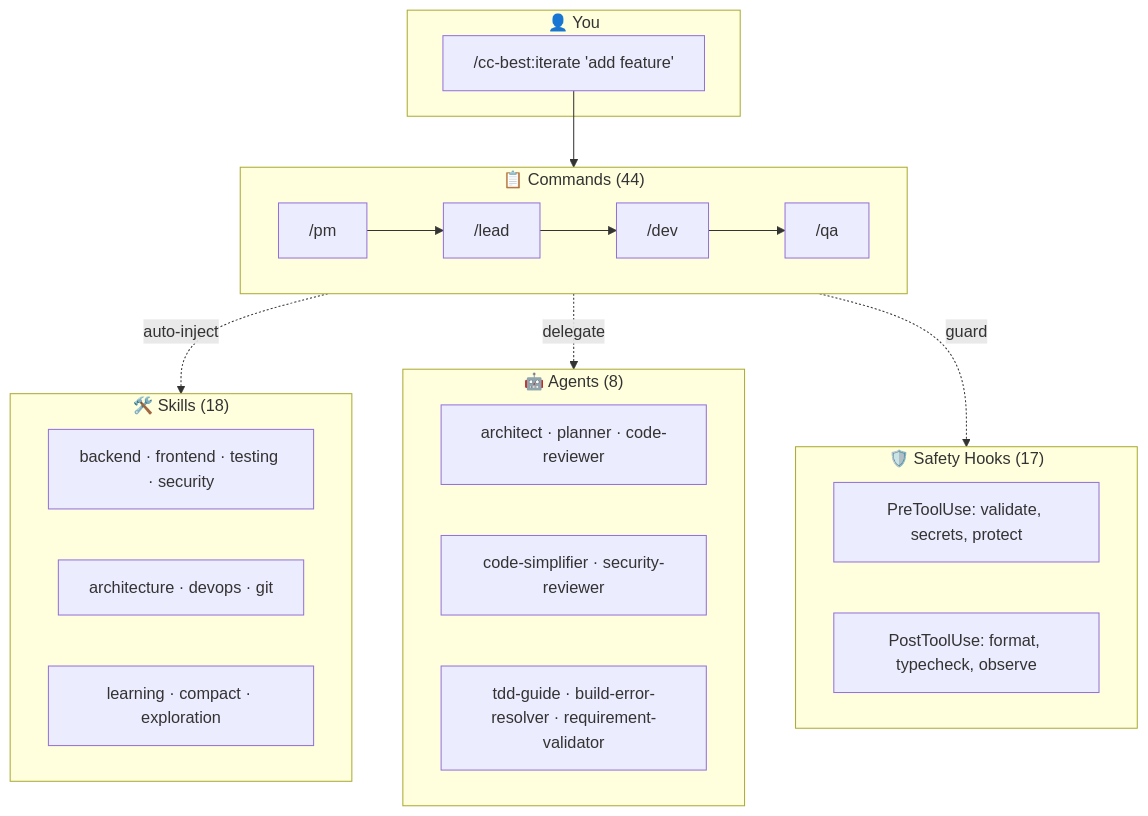
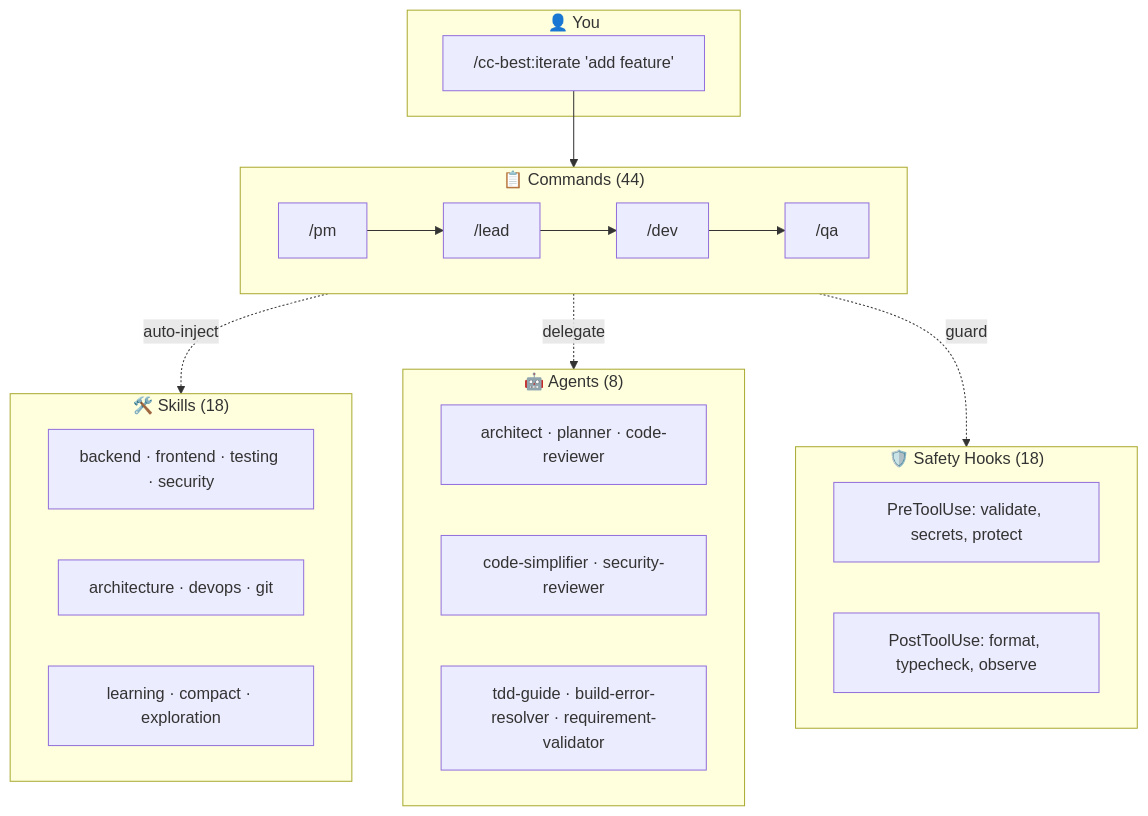
Before and after one commit to xiaobei930/claude-code-best-practices: the second of 2 diagrams in README.md, drawn with Mermaid. The commit also changed other lines of this file and 73 other files, not shown here.

````diff
--- a/README.md
+++ b/README.md
@@ -345,32 +345,32 @@
 ```mermaid
 flowchart TB
     subgraph User["👤 You"]
         CMD["/cc-best:iterate 'add feature'"]
     end
 
     subgraph Commands["📋 Commands (44)"]
         PM["/pm"] --> Lead["/lead"] --> Dev["/dev"] --> QA["/qa"]
     end
 
     subgraph Skills["🛠️ Skills (18)"]
         S1["backend · frontend · testing · security"]
         S2["architecture · devops · git"]
         S3["learning · compact · exploration"]
     end
 
     subgraph Agents["🤖 Agents (8)"]
         A1["architect · planner · code-reviewer"]
         A2["code-simplifier · security-reviewer"]
         A3["tdd-guide · build-error-resolver · requirement-validator"]
     end
 
-    subgraph Safety["🛡️ Safety Hooks (17)"]
+    subgraph Safety["🛡️ Safety Hooks (18)"]
         H1["PreToolUse: validate, secrets, protect"]
         H2["PostToolUse: format, typecheck, observe"]
     end
 
     CMD --> Commands
     Commands -.->|"auto-inject"| Skills
     Commands -.->|"delegate"| Agents
     Commands -.->|"guard"| Safety
 ```
````
